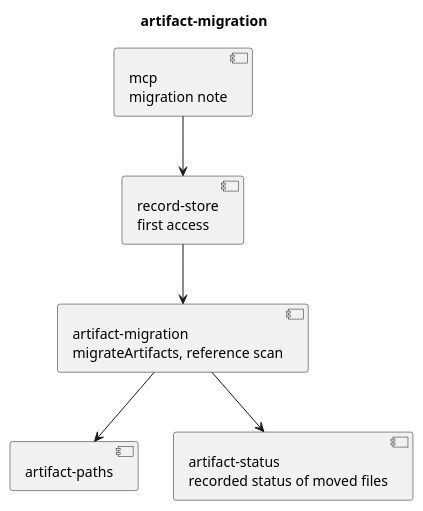
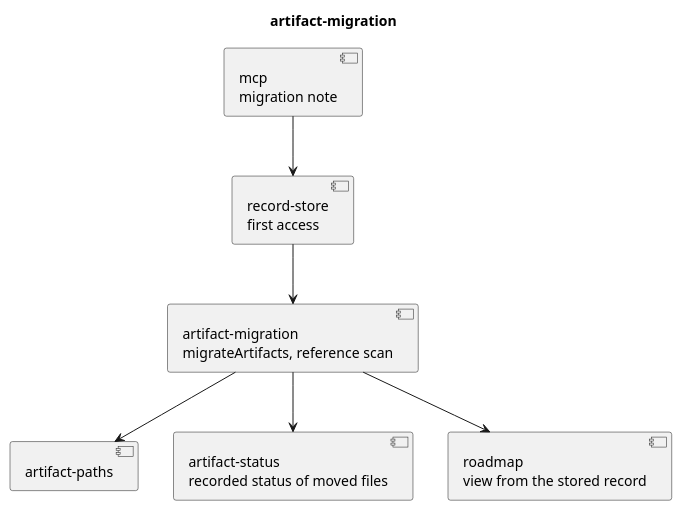
Before and after one commit to RumyantsevMichael/Prism: the diagram in docs/plans/workspace-artifacts/artifact-migration/code.puml, drawn with PlantUML. The commit also changed 3 other files, not shown here.

First line of the commit message:
chore: decide a checkout's roadmap view at migration from the stored record

```diff
--- a/docs/plans/workspace-artifacts/artifact-migration/code.puml
+++ b/docs/plans/workspace-artifacts/artifact-migration/code.puml
@@ -1,14 +1,16 @@
 @startuml
 title artifact-migration
 
 component "record-store\nfirst access" as store
 component "artifact-migration\nmigrateArtifacts, reference scan" as migration
 component "artifact-paths" as paths
 component "artifact-status\nrecorded status of moved files" as status
 component "mcp\nmigration note" as mcp
+component "roadmap\nview from the stored record" as roadmap
 
 store --> migration
 migration --> paths
 migration --> status
+migration --> roadmap
 mcp --> store
 @enduml
```
